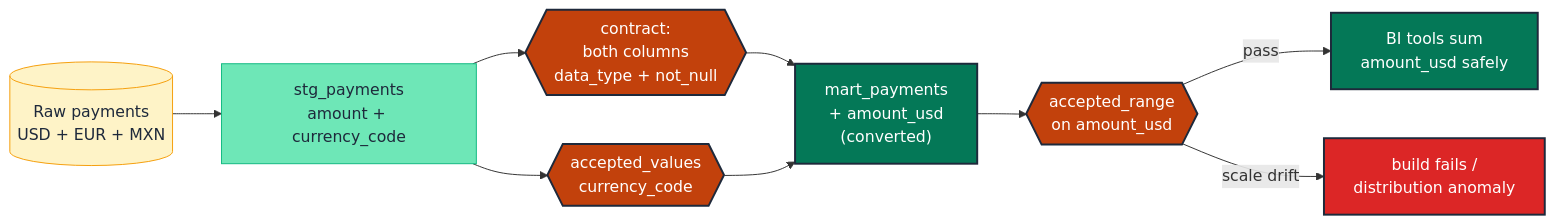
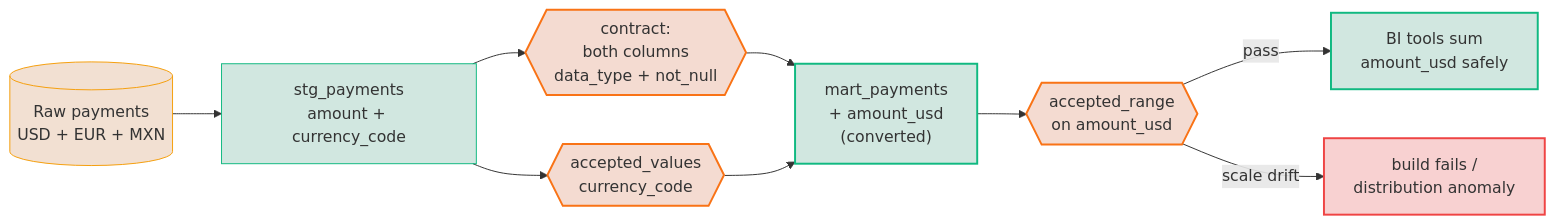
Before and after one commit to neozenith/dbt-gcp-jaffleshop: the diagram in docs/guides/testing_taxonomy/measure/MS-03-currency-pairing.md, drawn with Mermaid. The commit also changed 36 other files, not shown here.

First line of the commit message:
docs(taxonomy): rework guide entry-point + WCAG-AAA dual-theme mermaid palette (#19)

````diff
--- a/docs/guides/testing_taxonomy/measure/MS-03-currency-pairing.md
+++ b/docs/guides/testing_taxonomy/measure/MS-03-currency-pairing.md
@@ -113,20 +113,20 @@
 ```mermaid
 flowchart LR
     src[("Raw payments<br/>USD + EUR + MXN")]:::source --> stg["stg_payments<br/>amount + currency_code"]:::measureSecondary
     stg --> contract{{"contract:<br/>both columns<br/>data_type + not_null"}}:::gate
     stg --> av{{"accepted_values<br/>currency_code"}}:::gate
 
     contract --> mart["mart_payments<br/>+ amount_usd<br/>(converted)"]:::measurePrimary
     av --> mart
 
     mart --> range{{"accepted_range<br/>on amount_usd"}}:::gate
     range -- pass --> safe["BI tools sum<br/>amount_usd safely"]:::ok
     range -- "scale drift" --> alert["build fails /<br/>distribution anomaly"]:::fail
 
-    classDef source           fill:#fef3c7,stroke:#f59e0b,color:#1e293b,stroke-width:1px
-    classDef measurePrimary   fill:#047857,stroke:#1e293b,color:#fff,stroke-width:2px
-    classDef measureSecondary fill:#6ee7b7,stroke:#10b981,color:#1e293b,stroke-width:1px
-    classDef gate             fill:#c2410c,stroke:#1e293b,color:#fff,stroke-width:2px
-    classDef ok               fill:#047857,stroke:#1e293b,color:#fff,stroke-width:2px
-    classDef fail             fill:#dc2626,stroke:#1e293b,color:#fff,stroke-width:2px
+    classDef source fill:#b453092e,stroke:#f59e0b,stroke-width:1px
+    classDef measurePrimary fill:#0478572e,stroke:#10b981,stroke-width:2px
+    classDef measureSecondary fill:#0478572e,stroke:#10b981,stroke-width:1px
+    classDef gate fill:#c2410c30,stroke:#f97316,stroke-width:2px
+    classDef ok fill:#0478572e,stroke:#10b981,stroke-width:2px
+    classDef fail fill:#dc262636,stroke:#ef4444,stroke-width:2px
 ```
````
